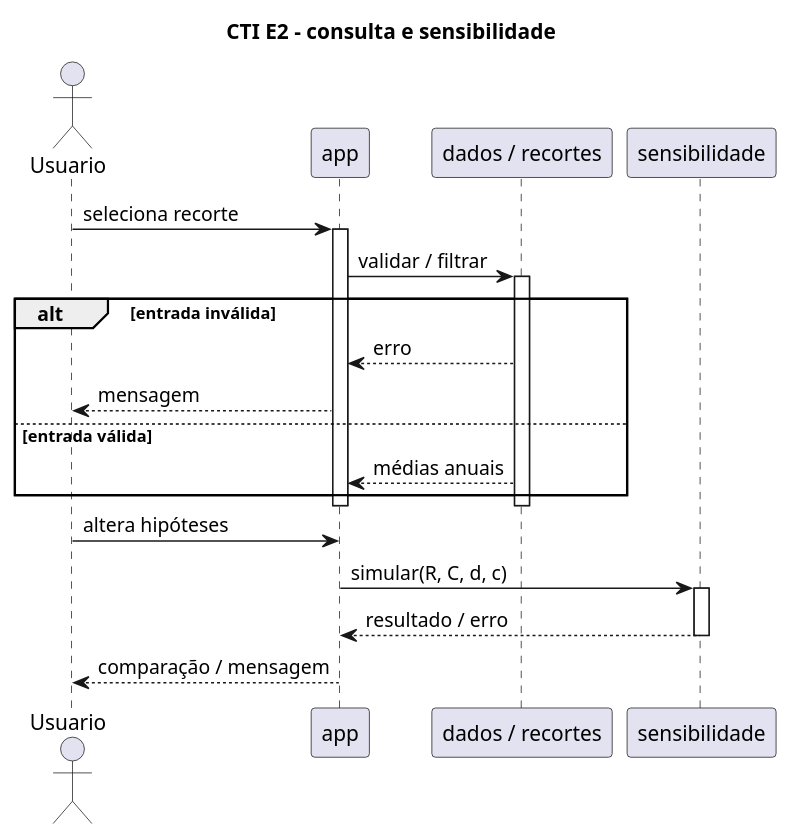
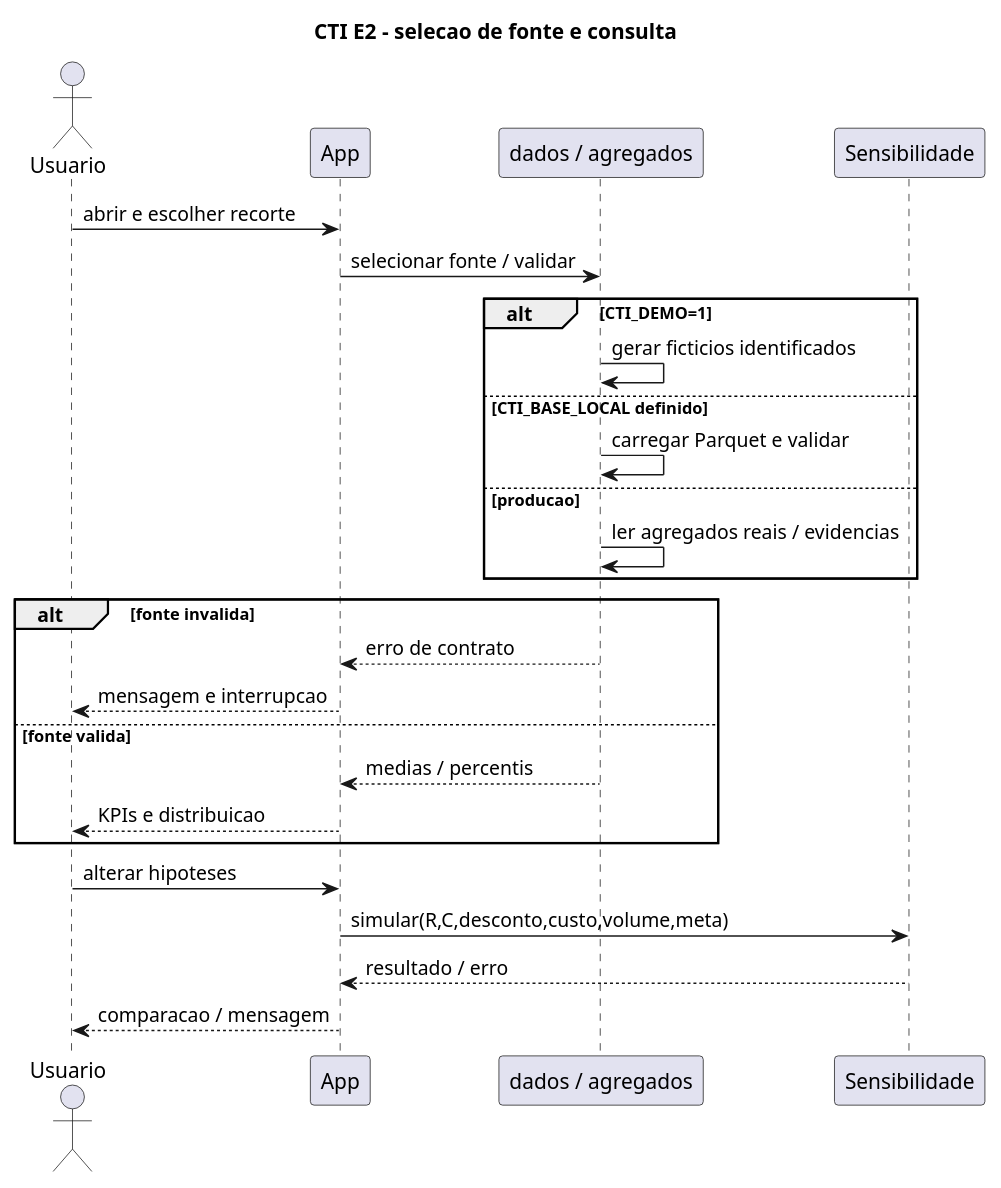
One commit to 2026-2-NCC4/Projeto6 changed the diagram in documentos/Entrega 2/ES e ML/sequencia.puml. Above: the diagram before and after it, drawn with PlantUML. The commit also changed 13 other files, not shown here.

Commit message:
docs: sincroniza entrega E2 com producao CTI real

```diff
--- a/documentos/Entrega 2/ES e ML/sequencia.puml
+++ b/documentos/Entrega 2/ES e ML/sequencia.puml
@@ -1,25 +1,27 @@
 @startuml
-title CTI E2 - consulta e sensibilidade
+title CTI E2 - selecao de fonte e consulta
 actor Usuario
-participant "app" as App
-participant "dados / recortes" as Dados
-participant "sensibilidade" as Sim
-Usuario -> App : seleciona recorte
-activate App
-App -> Dados : validar / filtrar
-activate Dados
-alt entrada inválida
-Dados --> App : erro
-App --> Usuario : mensagem
-else entrada válida
-Dados --> App : médias anuais
+participant App
+participant "dados / agregados" as Fonte
+participant Sensibilidade
+Usuario -> App : abrir e escolher recorte
+App -> Fonte : selecionar fonte / validar
+alt CTI_DEMO=1
+Fonte -> Fonte : gerar ficticios identificados
+else CTI_BASE_LOCAL definido
+Fonte -> Fonte : carregar Parquet e validar
+else producao
+Fonte -> Fonte : ler agregados reais / evidencias
 end
-deactivate Dados
-deactivate App
-Usuario -> App : altera hipóteses
-App -> Sim : simular(R, C, d, c)
-activate Sim
-Sim --> App : resultado / erro
-deactivate Sim
-App --> Usuario : comparação / mensagem
+alt fonte invalida
+Fonte --> App : erro de contrato
+App --> Usuario : mensagem e interrupcao
+else fonte valida
+Fonte --> App : medias / percentis
+App --> Usuario : KPIs e distribuicao
+end
+Usuario -> App : alterar hipoteses
+App -> Sensibilidade : simular(R,C,desconto,custo,volume,meta)
+Sensibilidade --> App : resultado / erro
+App --> Usuario : comparacao / mensagem
 @enduml
```
